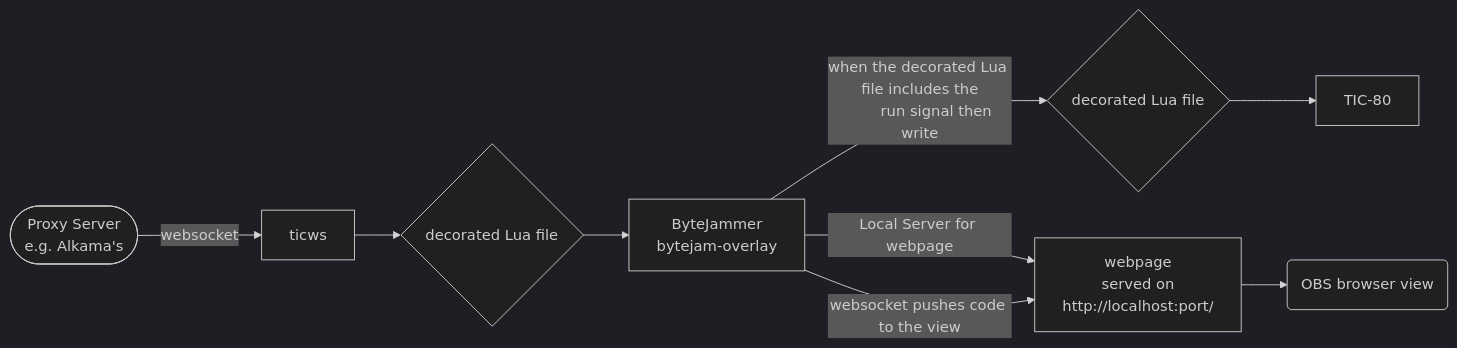
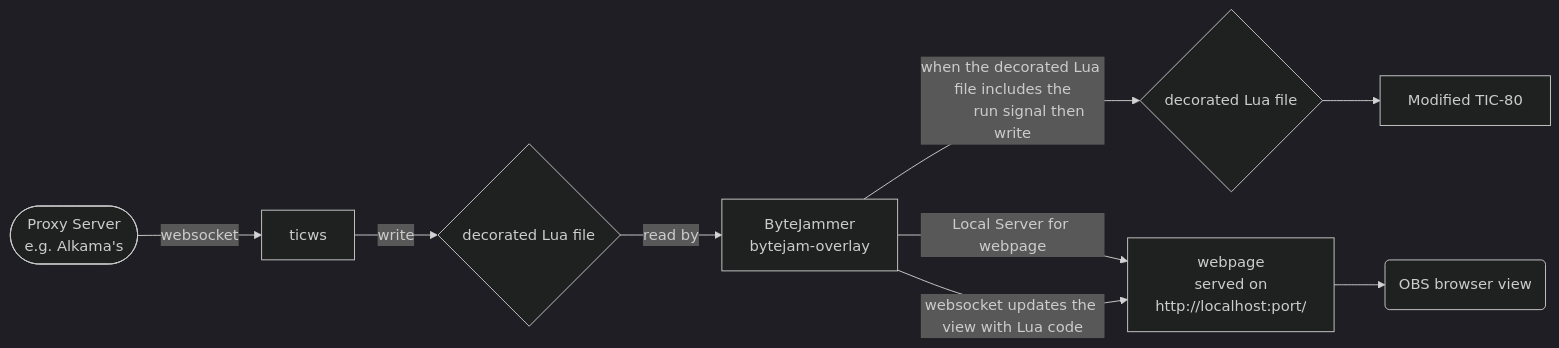
One commit to creativenucleus/bytejammer2 changed the diagram in readme.md. Above: the diagram before and after it, drawn with Mermaid (dark theme). The commit also changed other lines of this file, not shown here.

Commit message:
Update ByteJammer v2 documentation

````diff
--- a/readme.md
+++ b/readme.md
@@ -70,18 +70,18 @@
 ```mermaid
 flowchart LR
     A([Proxy Server
         e.g. Alkama's
     ])
     A --> |websocket| B[ticws]
-    B --> C{decorated Lua file}
-    C --> D[ByteJammer
+    B --> |write|C{decorated Lua file}
+    C --> |read by|D[ByteJammer
         bytejam-overlay]
     D --> |when the decorated Lua file includes the
         run signal then write|E{decorated Lua file}
-    E --> H[TIC-80]
+    E --> H[Modified TIC-80]
     D --> |Local Server for webpage|F[webpage
         served on
         http://localhost:port/]
-    D --> |websocket pushes code to the view|F
+    D --> |websocket updates the view with Lua code|F
     F --> G(OBS browser view)
 ```
````
